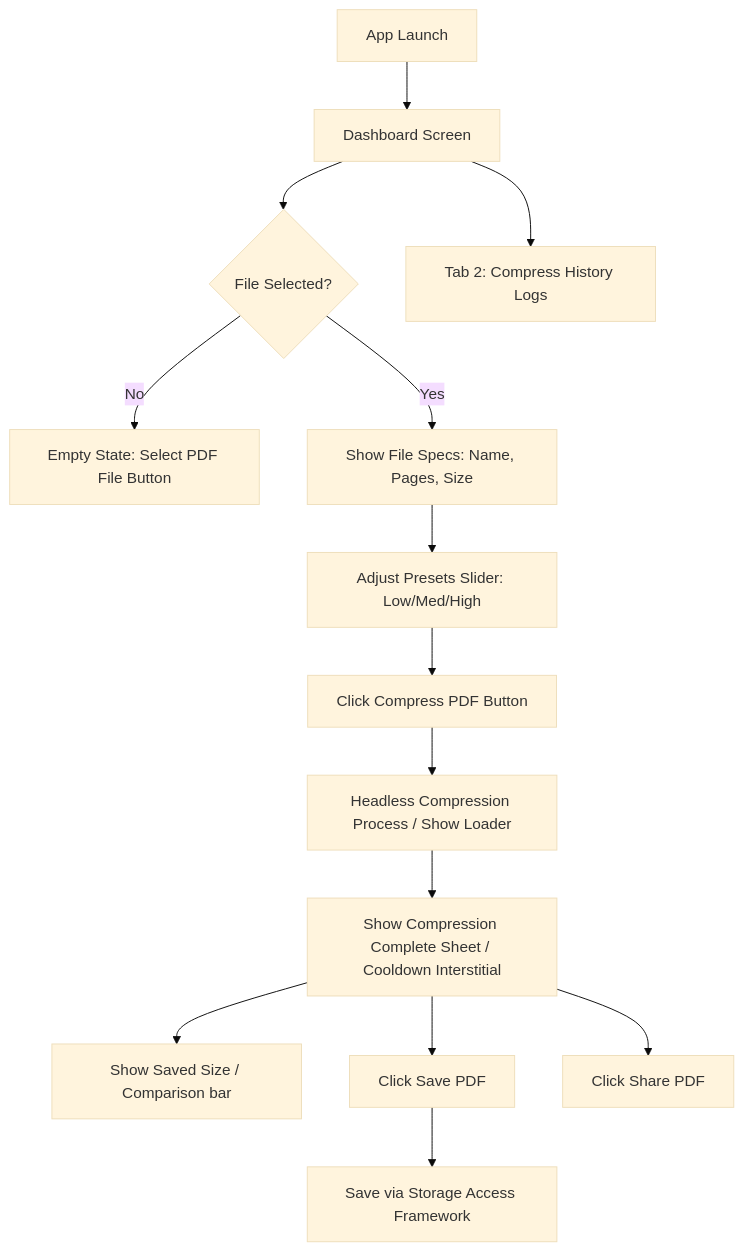
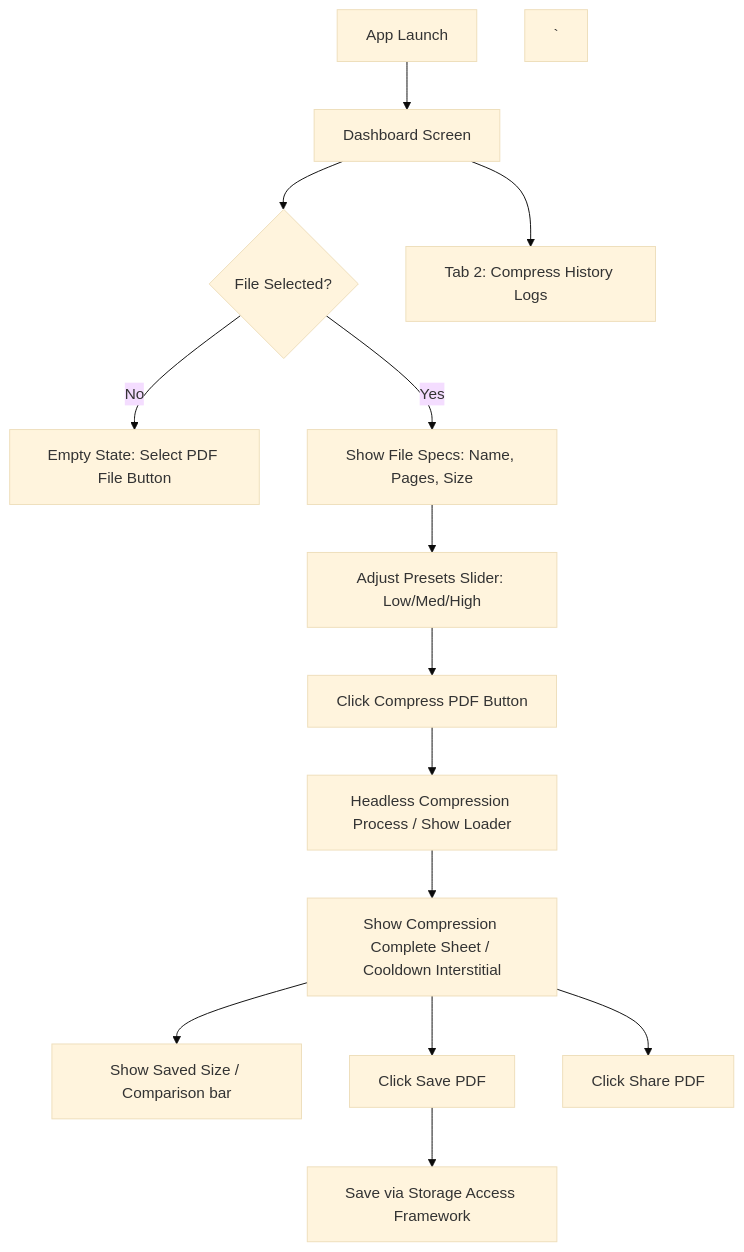
One commit to Savior-Systems/Savior-Systems-Android-Projects changed the diagram in 09. PDF Compress Lite/03.FUNCTIONAL-FLOWS.md. Above: the diagram before and after it, drawn with Mermaid (base theme). The commit also changed other lines of this file and 450 other files, not shown here.

````diff
--- a/09. PDF Compress Lite/03.FUNCTIONAL-FLOWS.md
+++ b/09. PDF Compress Lite/03.FUNCTIONAL-FLOWS.md
@@ -9,21 +9,21 @@
 ```mermaid
 graph TD
     A[App Launch] --> B[Dashboard Screen]
-    
+`
     B --> B1{File Selected?}
     B1 -->|No| B2[Empty State: Select PDF File Button]
     B1 -->|Yes| B3[Show File Specs: Name, Pages, Size]
-    
+`
     B3 --> C[Adjust Presets Slider: Low/Med/High]
     C --> D[Click Compress PDF Button]
-    
+`
     D --> E[Headless Compression Process / Show Loader]
     E --> F[Show Compression Complete Sheet / Cooldown Interstitial]
-    
+`
     F --> F1[Show Saved Size / Comparison bar]
     F2[Click Save PDF] --> F3[Save via Storage Access Framework]
     F --> F2
     F --> F4[Click Share PDF]
-    
+`
     B --> G[Tab 2: Compress History Logs]
 ```
````
